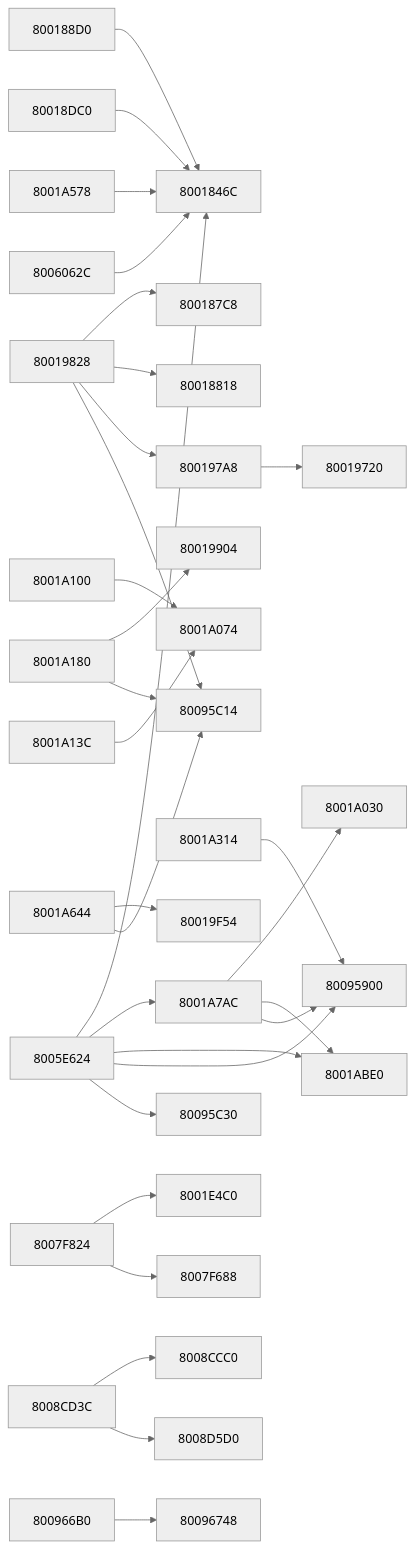
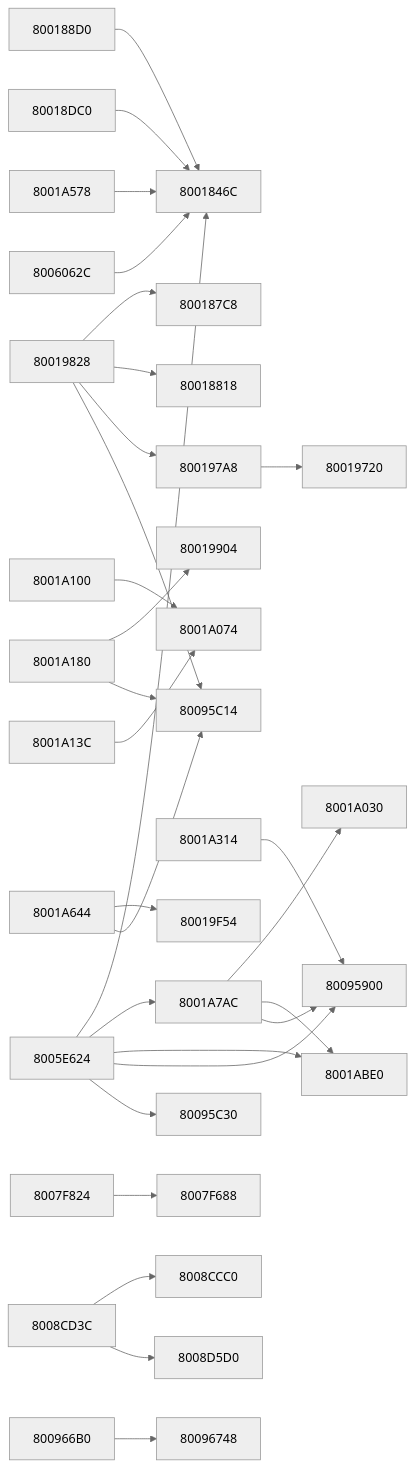
One commit to kai-luni/Future-Cop-L.A.P.D-PS1 changed the tenth of 11 diagrams in docs/FUNCTION_MAP.md. Above: the diagram before and after it, drawn with Mermaid (neutral theme). The commit also changed other lines of this file and 165 other files, not shown here.

````diff
--- a/docs/FUNCTION_MAP.md
+++ b/docs/FUNCTION_MAP.md
@@ -4781,65 +4773,63 @@
 ```mermaid
 graph LR
     f800188d0 --> f8001846c
     f80018dc0 --> f8001846c
     f800197a8 --> f80019720
     f80019828 --> f800187c8
     f80019828 --> f80018818
     f80019828 --> f800197a8
     f80019828 --> f80095c14
     f8001a100 --> f8001a074
     f8001a13c --> f8001a074
     f8001a180 --> f80019904
     f8001a180 --> f80095c14
     f8001a314 --> f80095900
     f8001a578 --> f8001846c
     f8001a644 --> f80019f54
     f8001a644 --> f80095c14
     f8001a7ac --> f8001a030
     f8001a7ac --> f8001abe0
     f8001a7ac --> f80095900
     f8005e624 --> f8001846c
     f8005e624 --> f8001a7ac
     f8005e624 --> f8001abe0
     f8005e624 --> f80095900
     f8005e624 --> f80095c30
     f8006062c --> f8001846c
-    f8007f824 --> f8001e4c0
     f8007f824 --> f8007f688
     f8008cd3c --> f8008ccc0
     f8008cd3c --> f8008d5d0
     f800966b0 --> f80096748
     f8001846c["8001846C"]
     f800187c8["800187C8"]
     f80018818["80018818"]
     f800188d0["800188D0"]
     f80018dc0["80018DC0"]
     f80019720["80019720"]
     f800197a8["800197A8"]
     f80019828["80019828"]
     f80019904["80019904"]
     f80019f54["80019F54"]
     f8001a030["8001A030"]
     f8001a074["8001A074"]
     f8001a100["8001A100"]
     f8001a13c["8001A13C"]
     f8001a180["8001A180"]
     f8001a314["8001A314"]
     f8001a578["8001A578"]
     f8001a644["8001A644"]
     f8001a7ac["8001A7AC"]
     f8001abe0["8001ABE0"]
-    f8001e4c0["8001E4C0"]
     f8005e624["8005E624"]
     f8006062c["8006062C"]
     f8007f688["8007F688"]
     f8007f824["8007F824"]
     f8008ccc0["8008CCC0"]
     f8008cd3c["8008CD3C"]
     f8008d5d0["8008D5D0"]
     f80095900["80095900"]
     f80095c14["80095C14"]
     f80095c30["80095C30"]
     f800966b0["800966B0"]
     f80096748["80096748"]
 ```
````
